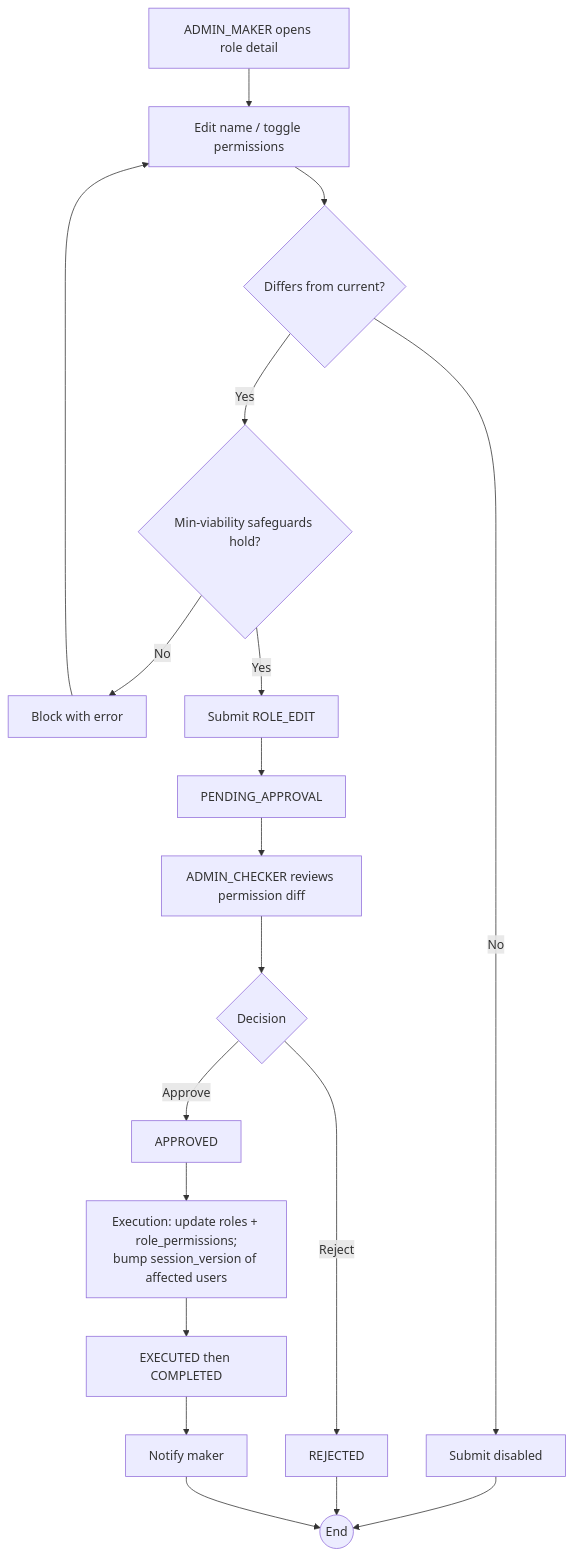
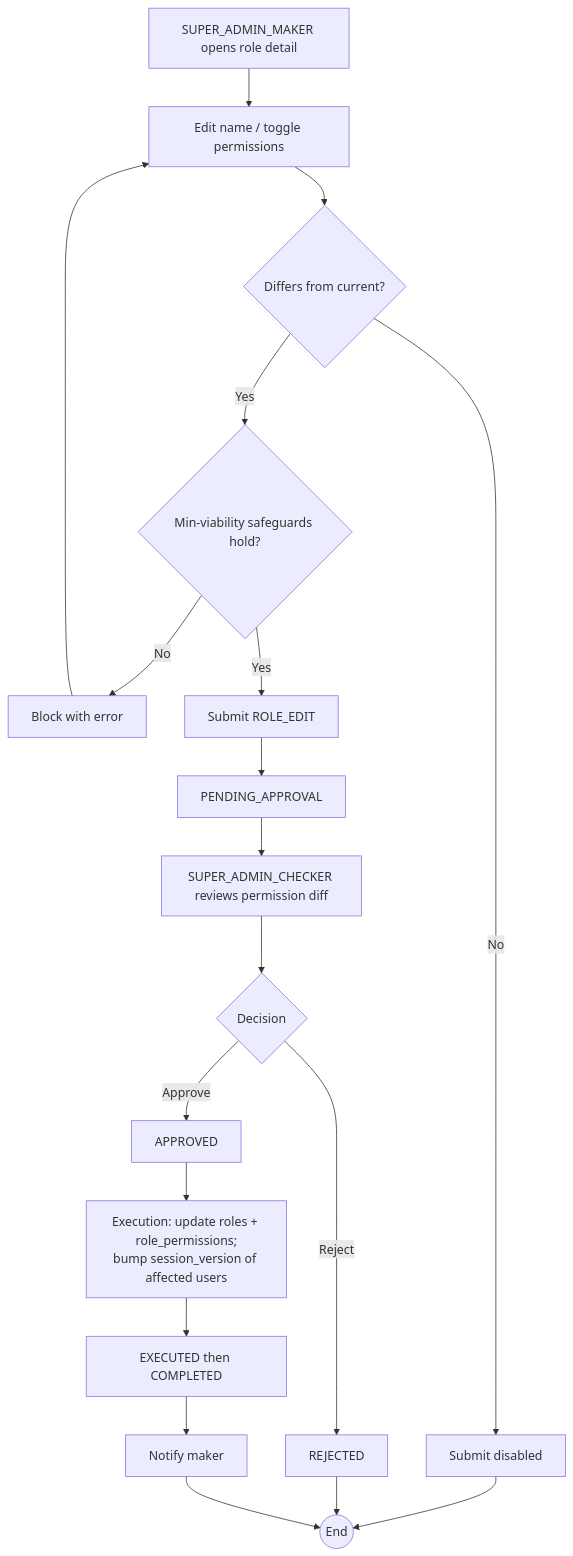
One commit to ruthvikchandravanam/Nexus-CA changed the diagram in Docs/1-Requirements/Workflows/WF-017-role-edit.md. Above: the diagram before and after it, drawn with Mermaid. The commit also changed other lines of this file and 33 other files, not shown here.

````diff
--- a/Docs/1-Requirements/Workflows/WF-017-role-edit.md
+++ b/Docs/1-Requirements/Workflows/WF-017-role-edit.md
@@ -22,18 +22,18 @@
 ```mermaid
 flowchart TD
-    A[ADMIN_MAKER opens role detail] --> B[Edit name / toggle permissions]
+    A[SUPER_ADMIN_MAKER opens role detail] --> B[Edit name / toggle permissions]
     B --> C{Differs from current?}
     C -- No --> C1[Submit disabled] --> Z((End))
     C -- Yes --> D{Min-viability safeguards hold?}
     D -- No --> D1[Block with error] --> B
     D -- Yes --> E[Submit ROLE_EDIT]
     E --> F[PENDING_APPROVAL]
-    F --> G[ADMIN_CHECKER reviews permission diff]
+    F --> G[SUPER_ADMIN_CHECKER reviews permission diff]
     G --> H{Decision}
     H -- Reject --> R[REJECTED] --> Z
     H -- Approve --> I[APPROVED]
     I --> J[Execution: update roles + role_permissions;<br/>bump session_version of affected users]
     J --> K[EXECUTED then COMPLETED]
     K --> L[Notify maker]
     L --> Z
 ```
````
